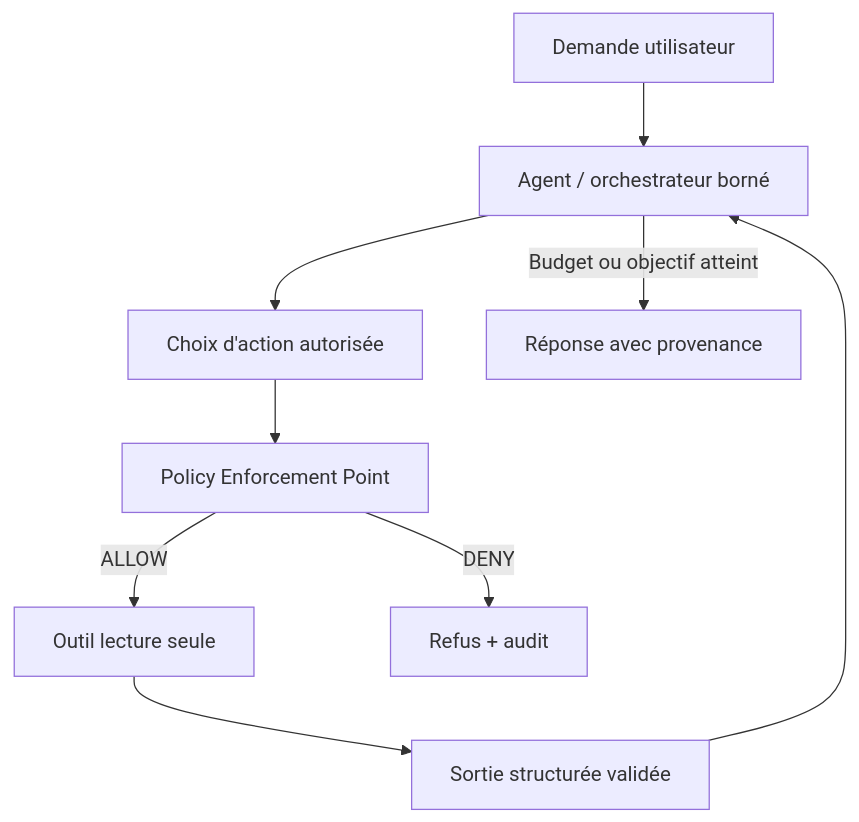
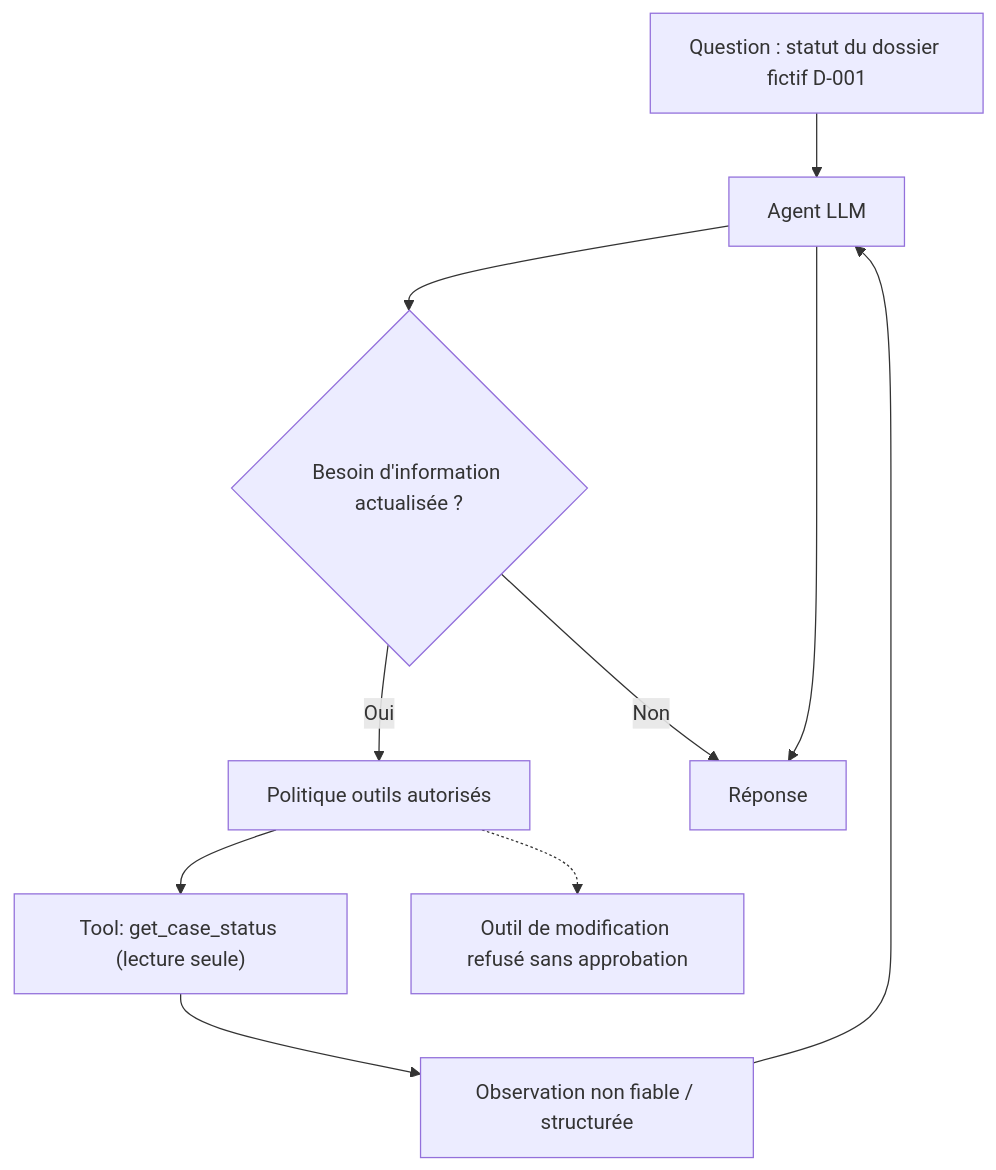
Before and after one commit to zdmooc/enterprise-architecture-patterns-handbook: the first of 2 diagrams in 08-ai-architecture-patterns/05-react-tool-calling/README.md, drawn with Mermaid. The commit also changed other lines of this file and 4 other files, not shown here.

````diff
--- a/08-ai-architecture-patterns/05-react-tool-calling/README.md
+++ b/08-ai-architecture-patterns/05-react-tool-calling/README.md
@@ -17,11 +13,12 @@
-```mermaid
+~~~mermaid
 flowchart TB
- U["Demande utilisateur"] --> ORCH["Agent / orchestrateur borné"]
- ORCH --> PLAN["Choix d'action autorisée"]
- PLAN --> ENFORCE["Policy Enforcement Point"]
- ENFORCE -->|"ALLOW"| TOOL["Outil lecture seule"]
- ENFORCE -->|"DENY"| BLOCK["Refus + audit"]
- TOOL --> CHECK["Sortie structurée validée"]
- CHECK --> ORCH
- ORCH -->|Budget ou objectif atteint| OUT["Réponse avec provenance"]
-```
+ U["Question : statut du dossier fictif D-001"] --> L["Agent LLM"]
+ L --> DEC{"Besoin d'information actualisée ?"}
+ DEC -->|Oui| POL["Politique outils autorisés"]
+ POL --> READ["Tool: get_case_status (lecture seule)"]
+ READ --> OBS["Observation non fiable / structurée"]
+ OBS --> L
+ DEC -->|Non| ANSWER["Réponse"]
+ L --> ANSWER
+ POL -.-> BLOCK["Outil de modification refusé sans approbation"]
+~~~
````
